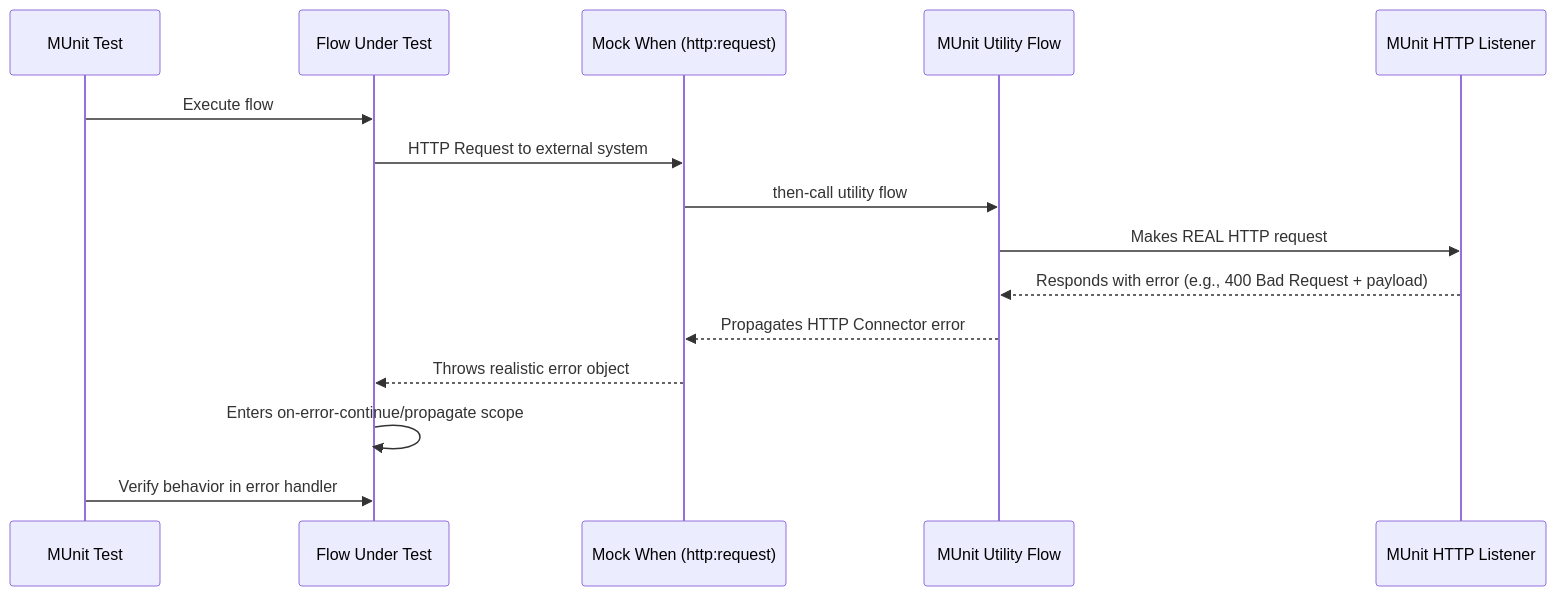
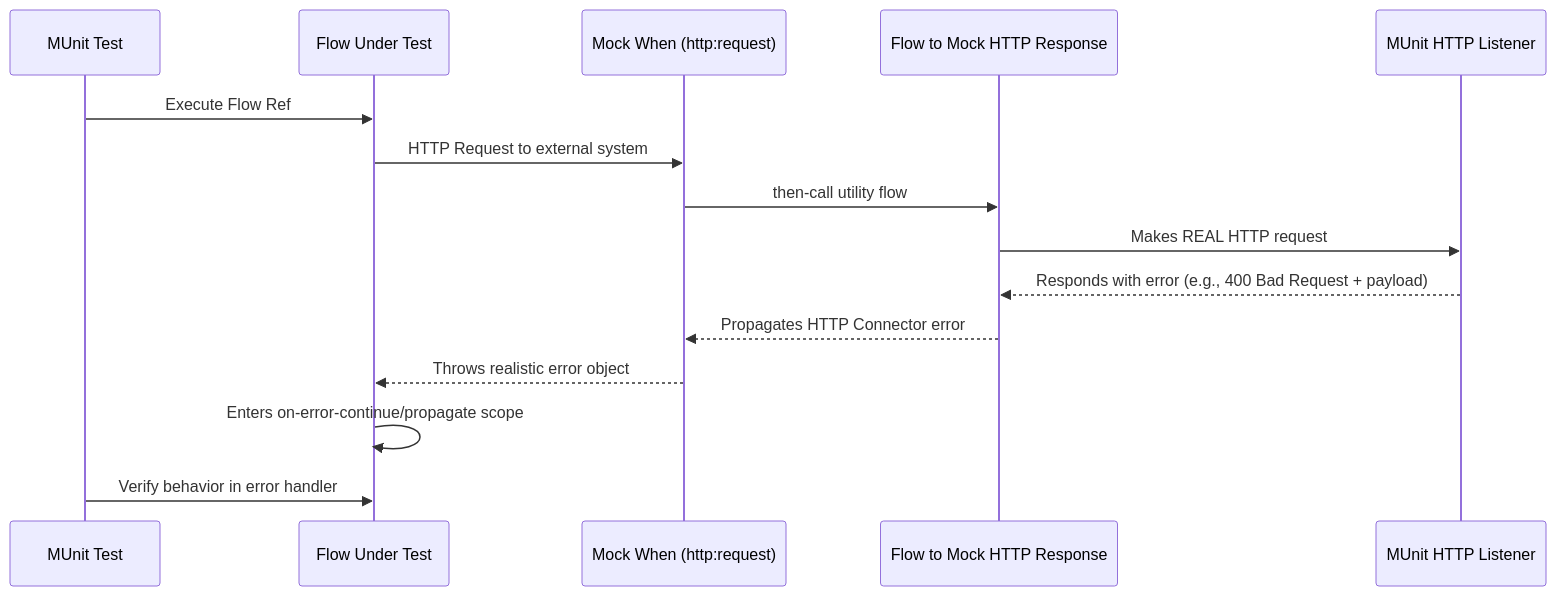
One commit to AndyDaSilva52/mule-example-munit-http-error changed the first of 4 diagrams in README.adoc. Above: the diagram before and after it, drawn with Mermaid. The commit also changed other lines of this file and 4 other files, not shown here.

```diff
--- a/README.adoc
+++ b/README.adoc
@@ -115,19 +115,19 @@
 [mermaid]
 ....
 sequenceDiagram
     participant Test as MUnit Test
     participant Flow as Flow Under Test
     participant Mock as Mock When (http:request)
-    participant Util as MUnit Utility Flow
+    participant Util as Flow to Mock HTTP Response
     participant Listener as MUnit HTTP Listener
 
-    Test->>Flow: Execute flow
+    Test->>Flow: Execute Flow Ref
     Flow->>Mock: HTTP Request to external system
     Mock->>Util: then-call utility flow
     Util->>Listener: Makes REAL HTTP request
     Listener-->>Util: Responds with error (e.g., 400 Bad Request + payload)
     Util-->>Mock: Propagates HTTP Connector error
     Mock-->>Flow: Throws realistic error object
     Flow->>Flow: Enters on-error-continue/propagate scope
     Test->>Flow: Verify behavior in error handler
 ....
```
